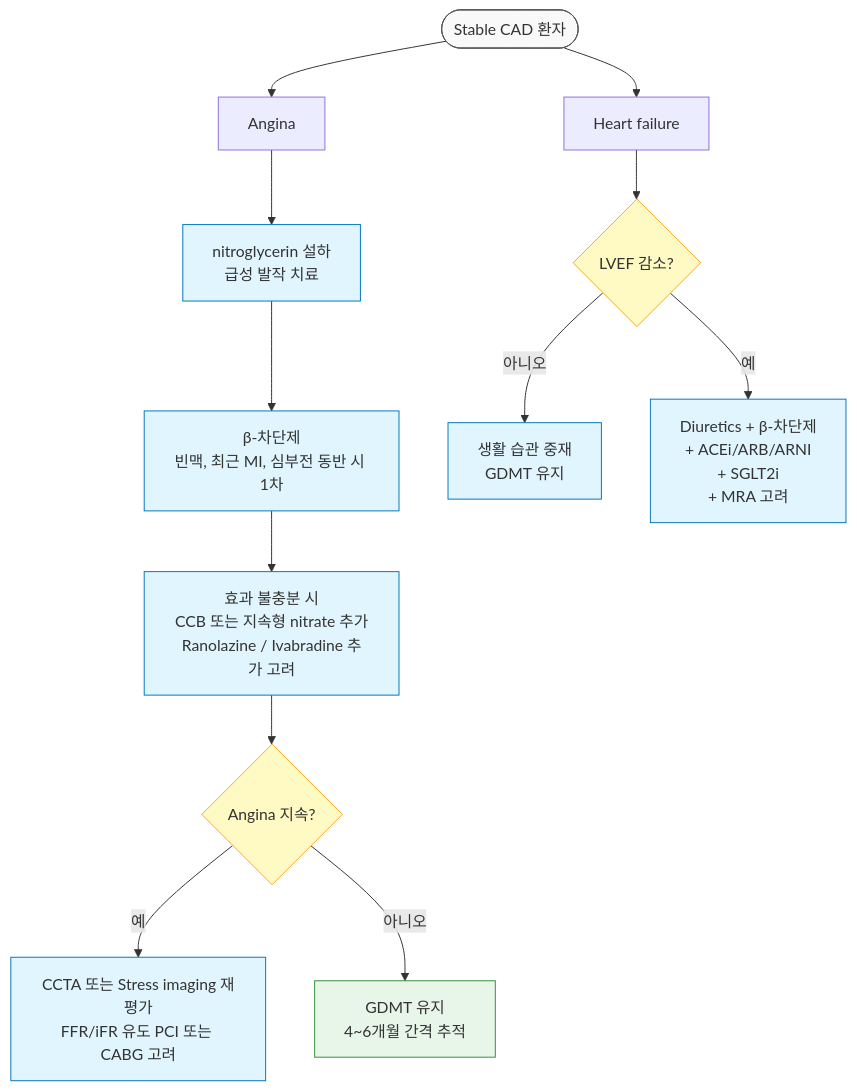
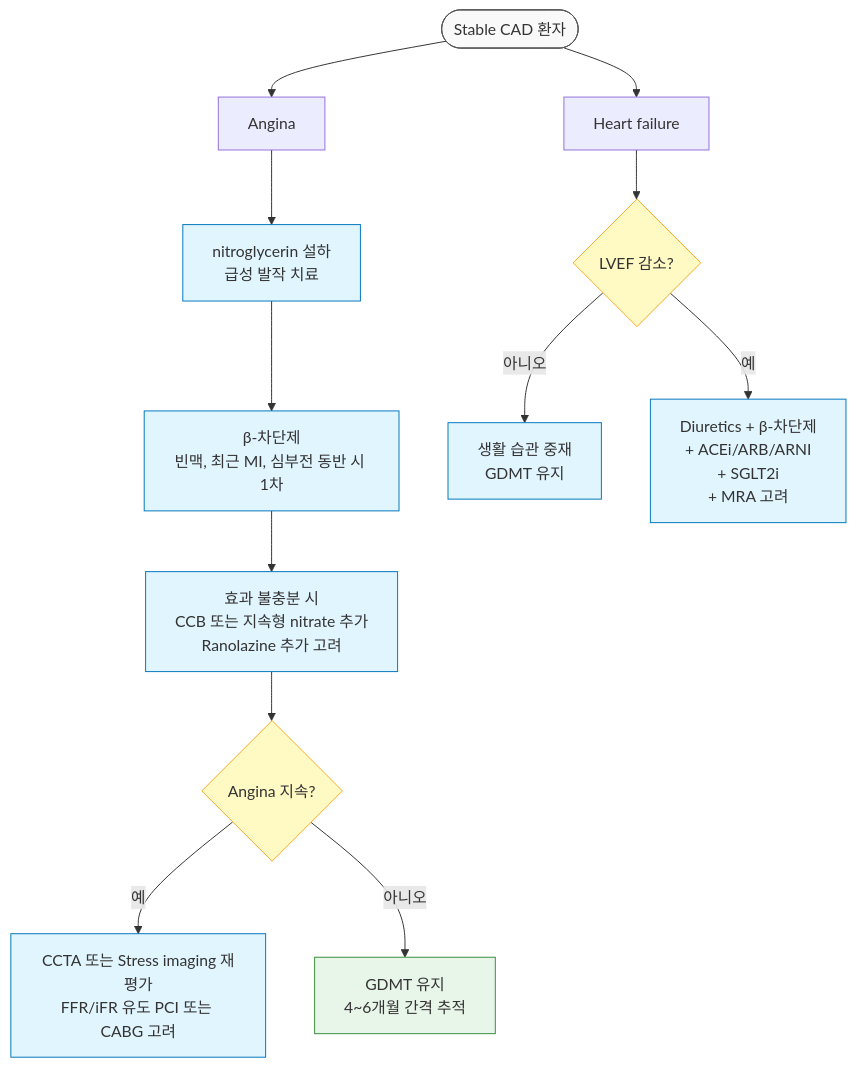
One commit to familyoh77/familyoh77 changed the third of 3 diagrams in 225_/097_-angina-pectoris.md. Above: the diagram before and after it, drawn with Mermaid. The commit also changed other lines of this file, not shown here.

````diff
--- a/225_/097_-angina-pectoris.md
+++ b/225_/097_-angina-pectoris.md
@@ -591,25 +663,25 @@
 ```mermaid
 graph TD
     A([Stable CAD 환자]) --> B[Angina]
     A --> C[Heart failure]
 
     B --> D[nitroglycerin 설하\n급성 발작 치료]
     D --> E[β-차단제\n빈맥, 최근 MI, 심부전 동반 시 1차]
-    E --> F[효과 불충분 시\nCCB 또는 지속형 nitrate 추가\nRanolazine / Ivabradine 추가 고려]
+    E --> F[효과 불충분 시\nCCB 또는 지속형 nitrate 추가\nRanolazine 추가 고려]
     F --> G{Angina 지속?}
     G -- 예 --> H[CCTA 또는 Stress imaging 재평가\nFFR/iFR 유도 PCI 또는 CABG 고려]
     G -- 아니오 --> I[GDMT 유지\n4~6개월 간격 추적]
 
     C --> J{LVEF 감소?}
     J -- 아니오 --> K[생활 습관 중재\nGDMT 유지]
     J -- 예 --> L[Diuretics + β-차단제\n+ ACEi/ARB/ARNI\n+ SGLT2i\n+ MRA 고려]
 
     classDef decision fill:#fff9c4,stroke:#f9a825
     classDef action fill:#e1f5fe,stroke:#0277bd
     classDef start fill:#f9f9f9,stroke:#555
     classDef outcome fill:#e8f5e9,stroke:#388e3c
     class G,J decision
     class D,E,F,H,K,L action
     class A start
     class I outcome
 ```
````
